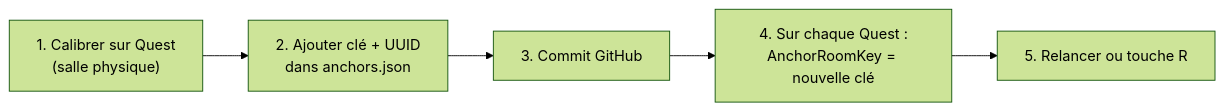
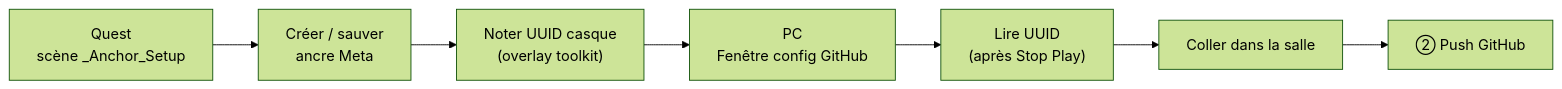
The second of 2 diagrams in README.md (Genie-Culturel/SpatialAnchors), drawn with Mermaid (forest theme) before and after one commit. The commit also changed other lines of this file, not shown here.

````diff
--- a/README.md
+++ b/README.md
@@ -341,7 +201,9 @@
 ```mermaid
 flowchart LR
-    A["1. Calibrer sur Quest\n(salle physique)"] --> B["2. Ajouter clé + UUID\ndans anchors.json"]
-    B --> C["3. Commit GitHub"]
-    C --> D["4. Sur chaque Quest :\nAnchorRoomKey = nouvelle clé"]
-    D --> E["5. Relancer ou touche R"]
+    Q["Quest\nscène _Anchor_Setup"] --> C["Créer / sauver\nancre Meta"]
+    C --> U["Noter UUID casque\n(overlay toolkit)"]
+    U --> P["PC\nFenêtre config GitHub"]
+    P --> L["Lire UUID\n(après Stop Play)"]
+    L --> S["Coller dans la salle"]
+    S --> G["② Push GitHub"]
 ```
````
